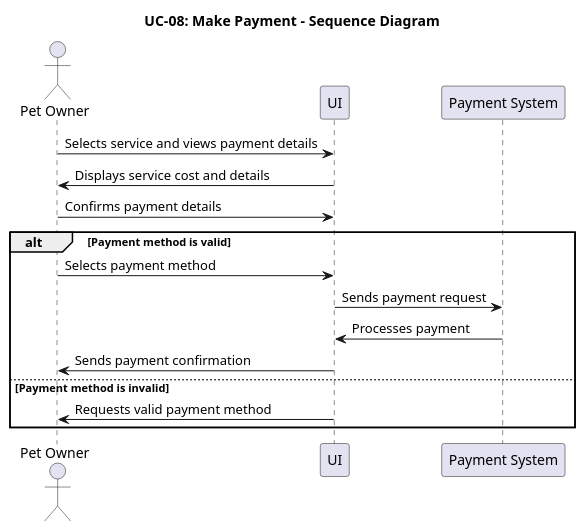
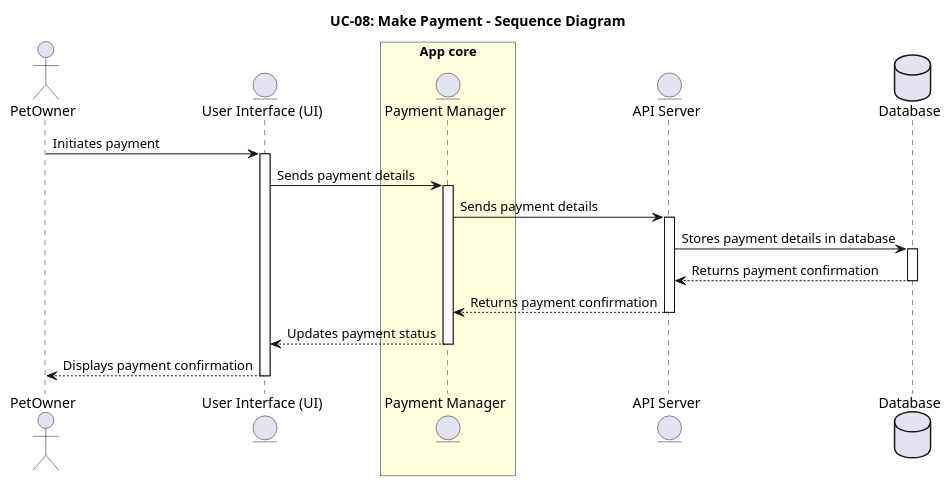
Before and after one commit to IrenePorta/PetSitters: the diagram in Documents/PlantUML/UC-08_SEQUENCE_Diagram.puml, drawn with PlantUML.

```diff
--- a/Documents/PlantUML/UC-08_SEQUENCE_Diagram.puml
+++ b/Documents/PlantUML/UC-08_SEQUENCE_Diagram.puml
@@ -1,22 +1,35 @@
 @startuml
-title UC-08: Make Payment - Sequence Diagram
+title: UC-08: Make Payment - Sequence Diagram
+actor PetOwner
+entity "User Interface (UI)" as UI
+box "App core" #LightYellow
+  entity "Payment Manager" as AppCore
+end box
+entity "API Server" as API
+database "Database" as DB
 
-actor "Pet Owner" as owner
-participant "UI" as ui
-participant "Payment System" as paymentSystem
+PetOwner -> UI : Initiates payment
+activate UI
 
-owner -> ui: Selects service and views payment details
-ui -> owner: Displays service cost and details
+UI -> AppCore : Sends payment details
+activate AppCore
 
-owner -> ui: Confirms payment details
+AppCore -> API : Sends payment details
+activate API
 
-alt Payment method is valid
-    owner -> ui: Selects payment method
-    ui -> paymentSystem: Sends payment request
-    paymentSystem -> ui: Processes payment
-    ui -> owner: Sends payment confirmation
-else Payment method is invalid
-    ui -> owner: Requests valid payment method
-end
+API -> DB : Stores payment details in database
+activate DB
+
+DB --> API : Returns payment confirmation
+deactivate DB
+
+API --> AppCore : Returns payment confirmation
+deactivate API
+
+AppCore --> UI : Updates payment status
+deactivate AppCore
+
+UI --> PetOwner : Displays payment confirmation
+deactivate UI
 
 @enduml
```
